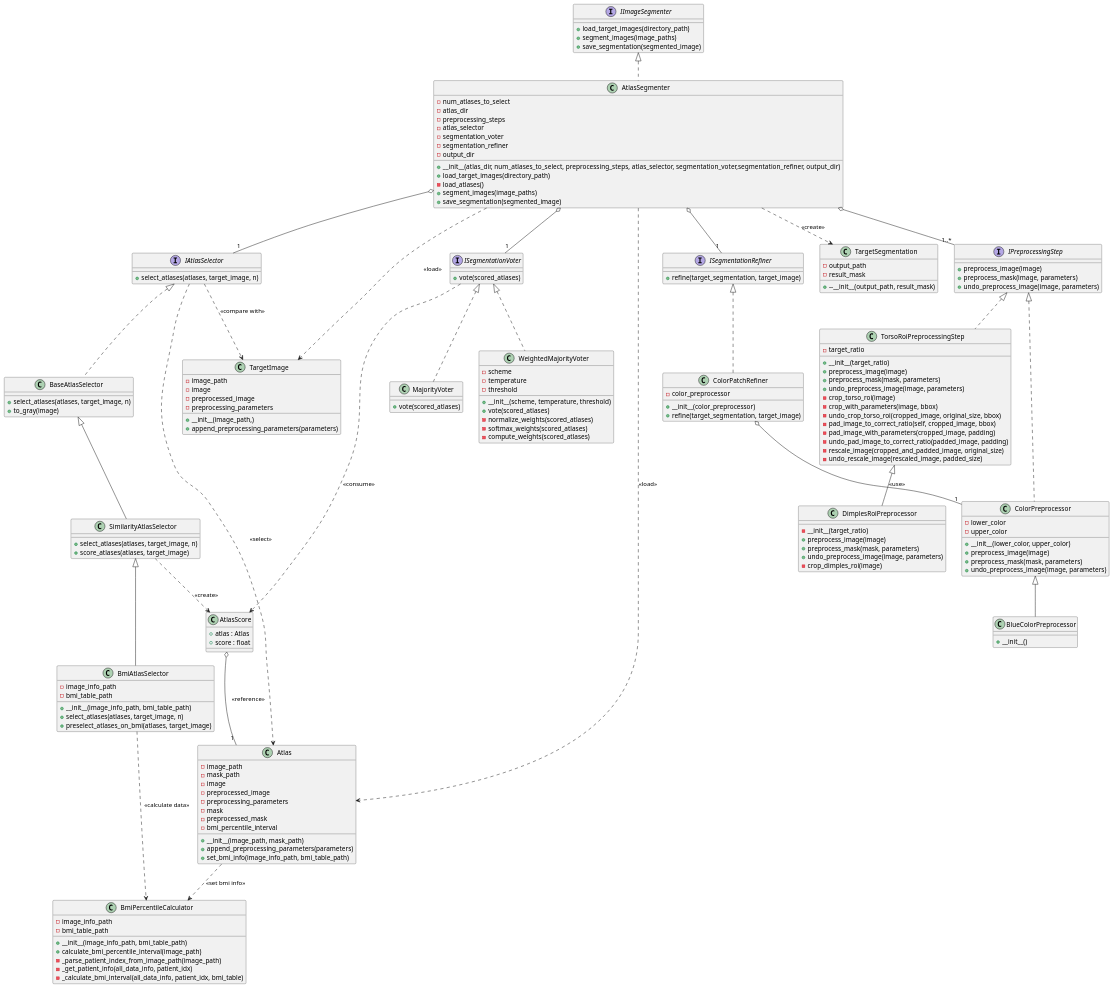
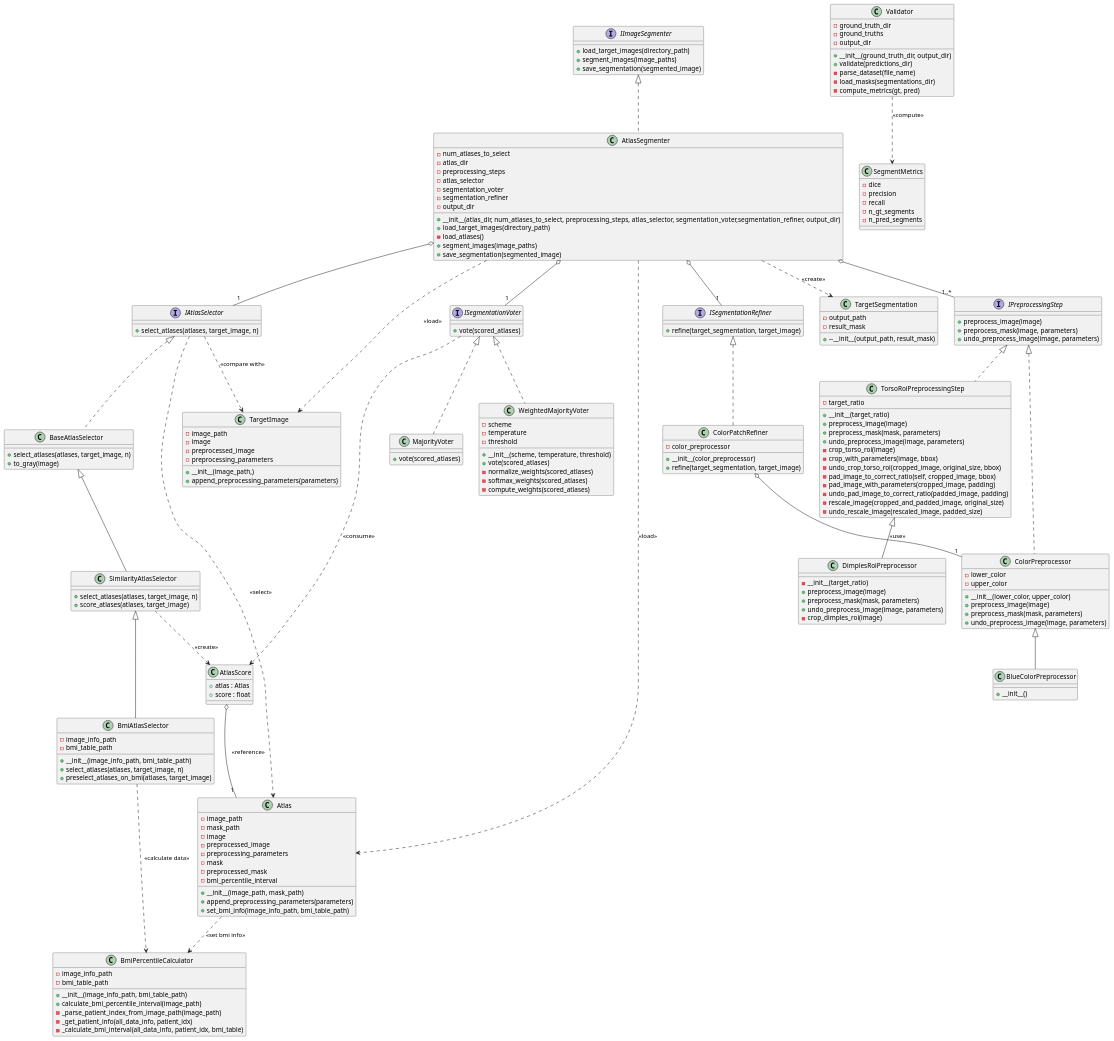
One commit to P4u14/diplomarbeit changed the diagram in class-diagram.puml. Above: the diagram before and after it, drawn with PlantUML. The commit also changed 6 other files, not shown here.

```diff
--- a/class-diagram.puml
+++ b/class-diagram.puml
@@ -160,6 +160,25 @@
     + refine(target_segmentation, target_image)
 }
 
+class Validator {
+    - ground_truth_dir
+    - ground_truths
+    - output_dir
+    + __init__(ground_truth_dir, output_dir)
+    + validate(predictions_dir)
+    - parse_dataset(file_name)
+    - load_masks(segmentations_dir)
+    - compute_metrics(gt, pred)
+}
+
+class SegmentMetrics {
+    - dice
+    - precision
+    - recall
+    - n_gt_segments
+    - n_pred_segments
+}
+
 IImageSegmenter <|.. AtlasSegmenter
 
 AtlasSegmenter o-- "1..*" IPreprocessingStep
@@ -198,4 +217,6 @@
 
 Atlas ..> BmiPercentileCalculator : <<set bmi info>>
 
+Validator ..> SegmentMetrics : <<compute>>
+
 @enduml
```
